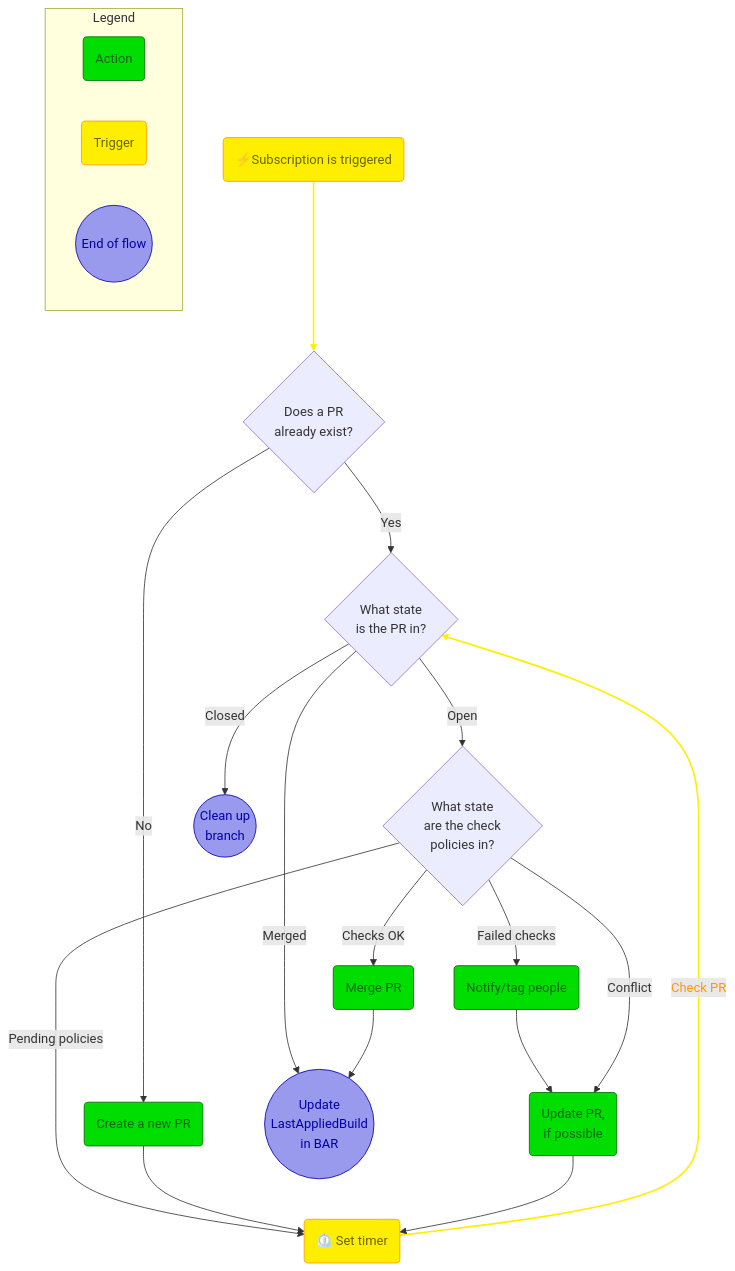
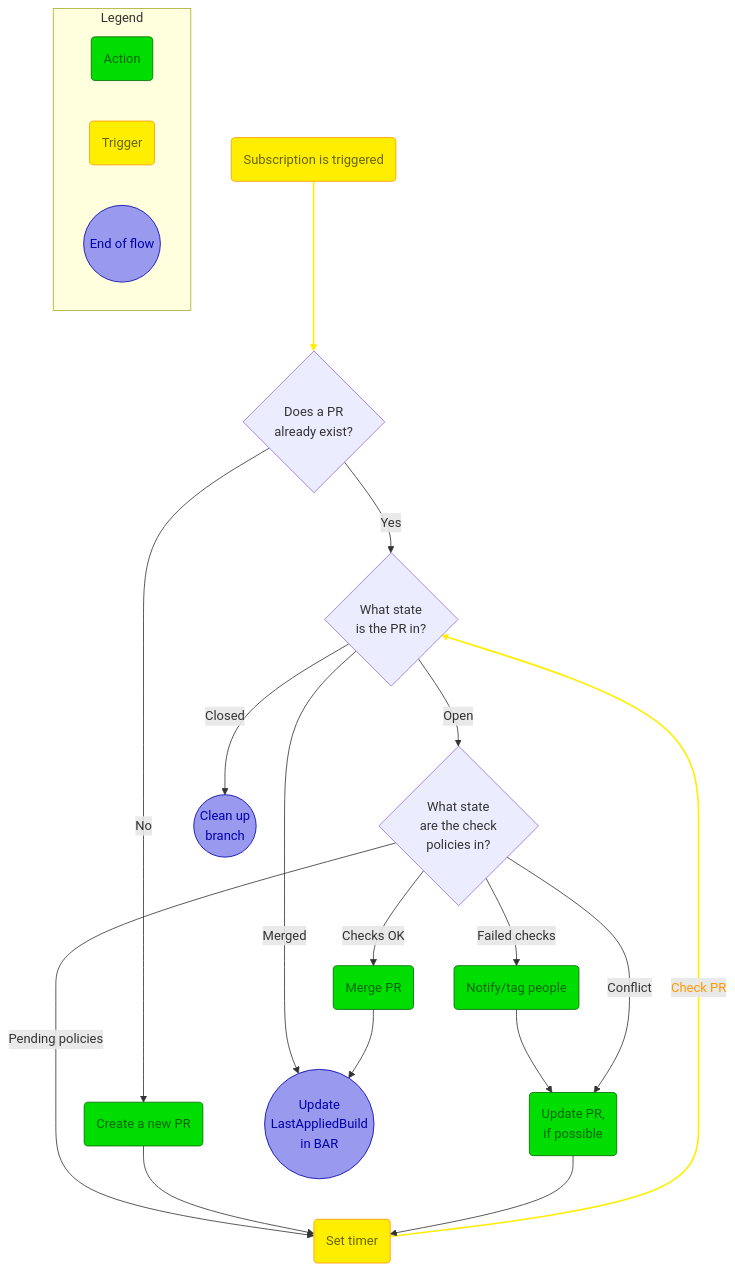
The diagram in src/Maestro/README.md (dotnet/arcade-services), drawn with Mermaid before and after one commit.

Commit message:
Remove emojis :'(

````diff
--- a/src/Maestro/README.md
+++ b/src/Maestro/README.md
@@ -7,48 +7,48 @@
 ```mermaid
 flowchart
-    SubscriptionTrigger(⚡Subscription is triggered)
+    SubscriptionTrigger(Subscription is triggered)
     Exist{Does a PR\nalready exist?}
     State{What state\nis the PR in?}
     PolicyState{What state\nare the check\npolicies in?}
     Create(Create a new PR)
     CleanUp((Clean up\nbranch))
     TagPeople(Notify/tag people)
     UpdatePR(Update PR,\nif possible)
     MergePR(Merge PR)
     UpdateLastBuild((Update\nLastAppliedBuild\nin BAR))
-    Timer(⏲️ Set timer)
+    Timer(Set timer)
 
     Exist--Yes-->State
     Exist--No -->Create
     SubscriptionTrigger-->Exist
 
     State--Open-->PolicyState
     State--Merged-->UpdateLastBuild
     State--Closed-->CleanUp
 
     PolicyState--Checks OK-->MergePR
     MergePR-->UpdateLastBuild
     PolicyState--Failed checks-->TagPeople
     TagPeople-->UpdatePR
     %% Cannot update
     PolicyState--Pending policies-->Timer
     %% Can update
     PolicyState--Conflict-->UpdatePR
     Timer--Check PR-->State
     Create-->Timer
     UpdatePR-->Timer
 
 subgraph Legend
     MaestroAction(Action)
     ExternalImpulse(Trigger)
     EndOfFlow((End of flow))
 end
 
 classDef Action fill:#00DD00,stroke:#006600,stroke-width:1px,color:#006600
 classDef End fill:#9999EE,stroke:#0000AA,stroke-width:1px,color:#0000AA
 classDef External fill:#FFEE00,stroke:#FF9900,stroke-width:1px,color:#666600
 class Create,TagPeople,NoAction,UpdatePR,MergePR,MaestroAction Action
 class UpdateLastBuild,CleanUp,EndOfFlow End
 class SubscriptionTrigger,Timer,ExternalImpulse External
 linkStyle 2,12 stroke-width:2px,fill:none,stroke:#FFEE00,color:#FF9900
 ```
````
